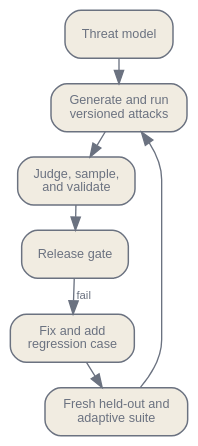
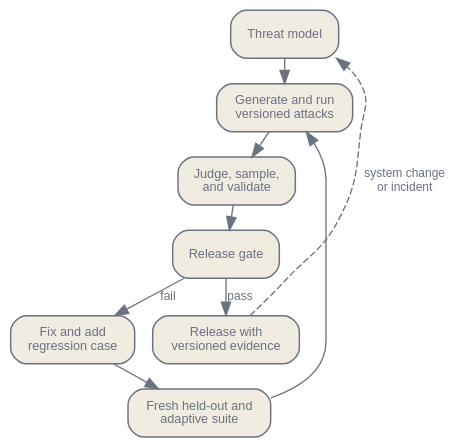
One commit to latere-ai/ai-as-an-infrastructure changed the second of 2 diagrams in en/safety/05-adversarial-robustness.qmd. Above: the diagram before and after it, drawn with Graphviz. The commit also changed 1 other file, not shown here.

Commit message:
safety: red-team loop with a pass path to release and a re-entry edge

````diff
--- a/en/safety/05-adversarial-robustness.qmd
+++ b/en/safety/05-adversarial-robustness.qmd
@@ -243,22 +243,25 @@
 ```{dot}
 //| label: fig-adv-red-team-loop
-//| fig-cap: "A red-team program turns a stated threat model into versioned evidence, fixes, regression cases, and a fresh adaptive evaluation. Release is a decision under uncertainty, not a certificate of permanent robustness."
+//| fig-cap: "A red-team program turns a stated threat model into versioned evidence, fixes, regression cases, and a fresh adaptive evaluation. A failed gate loops back through a fix and a fresh suite; a passed gate releases with versioned evidence, and a system change or incident (dashed) reopens the threat model. Release is a decision under uncertainty, not a certificate of permanent robustness."
 digraph {
   bgcolor="transparent";
   rankdir=TB;
   nodesep=0.18; ranksep=0.25;
   node [shape=box, style="rounded,filled", fontname="Helvetica", fontsize=9.5, color="#6b7280", fontcolor="#6b7280", fillcolor="#f1ece1", penwidth=1.1];
-  edge [fontsize=8.5, fontname="Helvetica", color="#6b7280", fontcolor="#6b7280"];
+  edge [fontsize=9, fontname="Helvetica", color="#6b7280", fontcolor="#6b7280"];
 
   threat [label="Threat model"];
   attack [label="Generate and run\nversioned attacks"];
   judge [label="Judge, sample,\nand validate"];
   decide [label="Release gate"];
   fix [label="Fix and add\nregression case"];
+  release [label="Release with\nversioned evidence"];
   fresh [label="Fresh held-out and\nadaptive suite"];
 
   threat -> attack -> judge -> decide;
   decide -> fix [label="fail"];
+  decide -> release [label="pass"];
+  release -> threat [label="system change\nor incident", style=dashed, constraint=false];
   fix -> fresh -> attack;
 }
 ```
````
